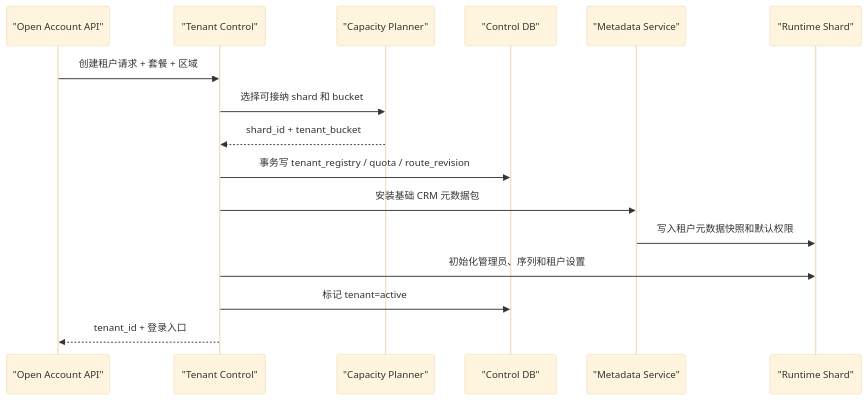
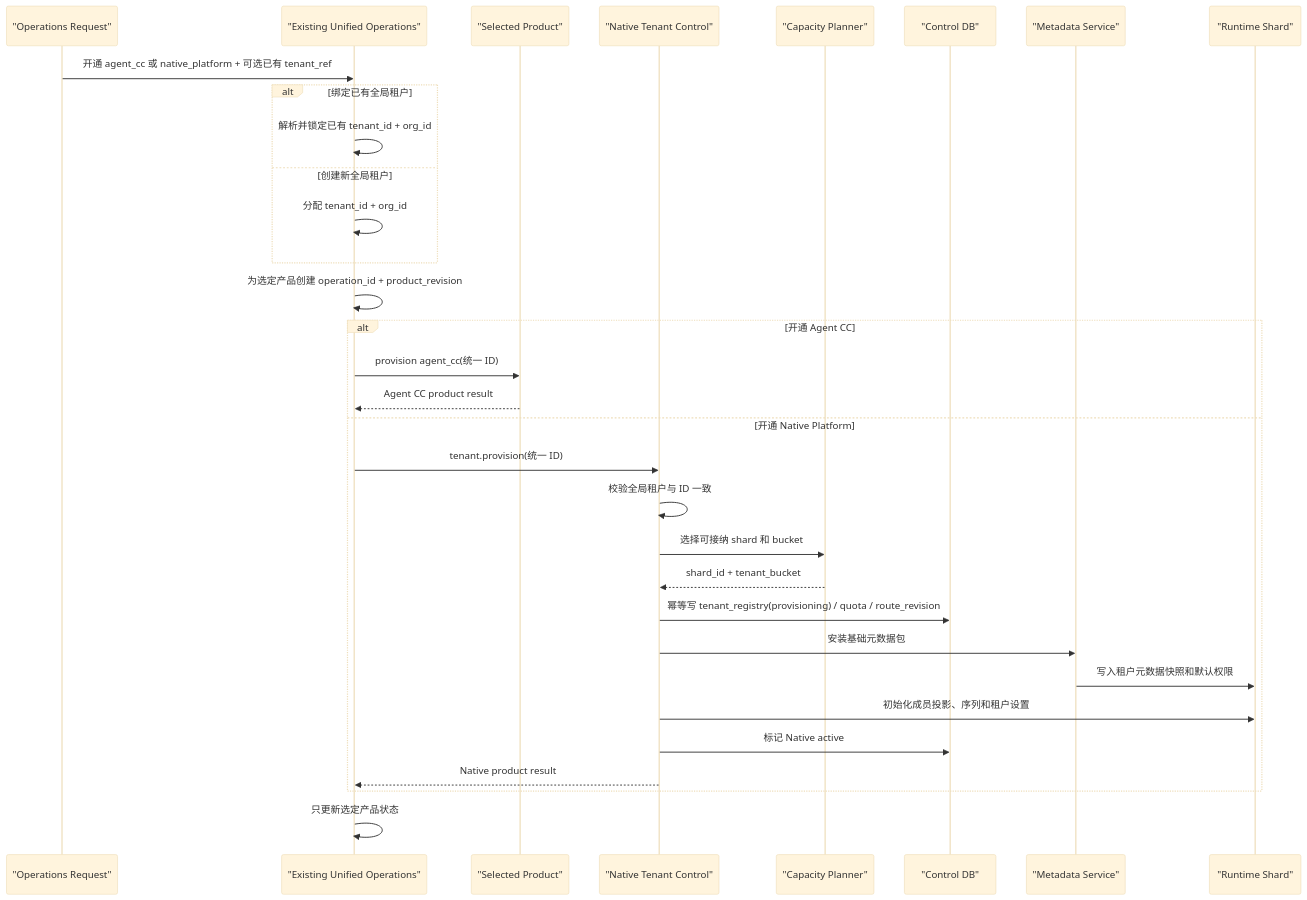
One commit to OlivierZEN/ai-native-platform changed the second of 4 diagrams in docs/specs/FEAT-009-greenfield-ai-native-crm-platform.md. Above: the diagram before and after it, drawn with Mermaid (base theme). The commit also changed other lines of this file and 44 other files, not shown here.

````diff
--- a/docs/specs/FEAT-009-greenfield-ai-native-crm-platform.md
+++ b/docs/specs/FEAT-009-greenfield-ai-native-crm-platform.md
@@ -296,19 +342,35 @@
 ```mermaid
 sequenceDiagram
-    participant O as "Open Account API"
-    participant T as "Tenant Control"
+    participant Q as "Operations Request"
+    participant O as "Existing Unified Operations"
+    participant P as "Selected Product"
+    participant T as "Native Tenant Control"
     participant C as "Capacity Planner"
     participant D as "Control DB"
     participant M as "Metadata Service"
     participant R as "Runtime Shard"
 
-    O->>T: 创建租户请求 + 套餐 + 区域
-    T->>C: 选择可接纳 shard 和 bucket
-    C-->>T: shard_id + tenant_bucket
-    T->>D: 事务写 tenant_registry / quota / route_revision
-    T->>M: 安装基础 CRM 元数据包
-    M->>R: 写入租户元数据快照和默认权限
-    T->>R: 初始化管理员、序列和租户设置
-    T->>D: 标记 tenant=active
-    T-->>O: tenant_id + 登录入口
+    Q->>O: 开通 agent_cc 或 native_platform + 可选已有 tenant_ref
+    alt 绑定已有全局租户
+        O->>O: 解析并锁定已有 tenant_id + org_id
+    else 创建新全局租户
+        O->>O: 分配 tenant_id + org_id
+    end
+    O->>O: 为选定产品创建 operation_id + product_revision
+    alt 开通 Agent CC
+        O->>P: provision agent_cc(统一 ID)
+        P-->>O: Agent CC product result
+    else 开通 Native Platform
+        O->>T: tenant.provision(统一 ID)
+        T->>T: 校验全局租户与 ID 一致
+        T->>C: 选择可接纳 shard 和 bucket
+        C-->>T: shard_id + tenant_bucket
+        T->>D: 幂等写 tenant_registry(provisioning) / quota / route_revision
+        T->>M: 安装基础元数据包
+        M->>R: 写入租户元数据快照和默认权限
+        T->>R: 初始化成员投影、序列和租户设置
+        T->>D: 标记 Native active
+        T-->>O: Native product result
+    end
+    O->>O: 只更新选定产品状态
 ```
````
